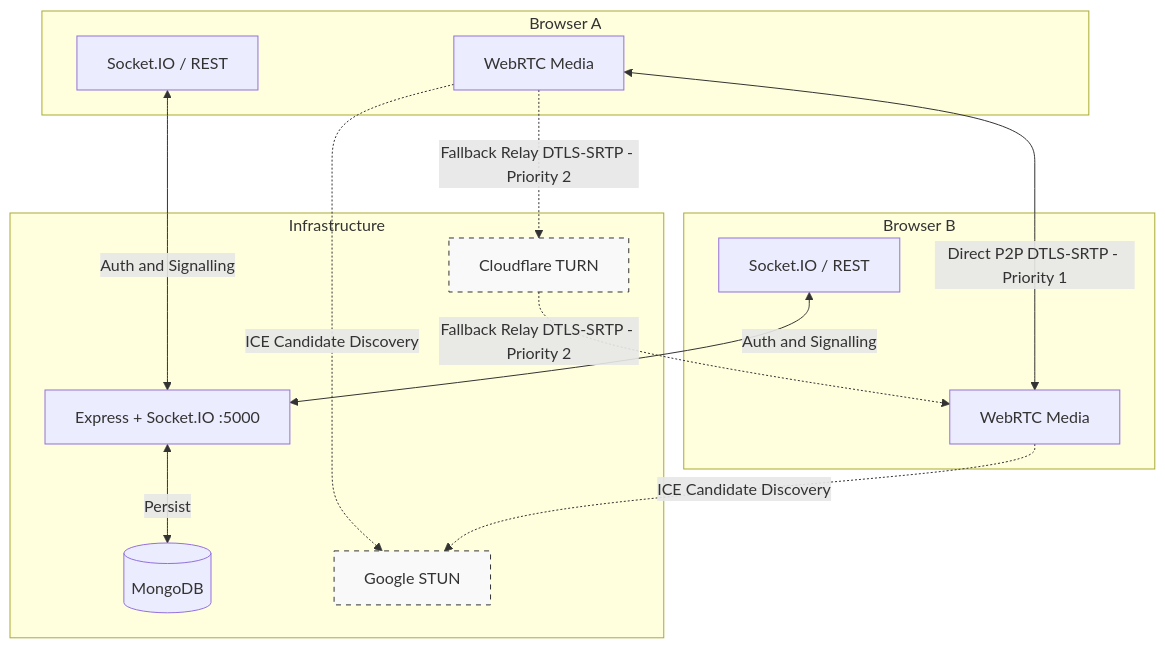
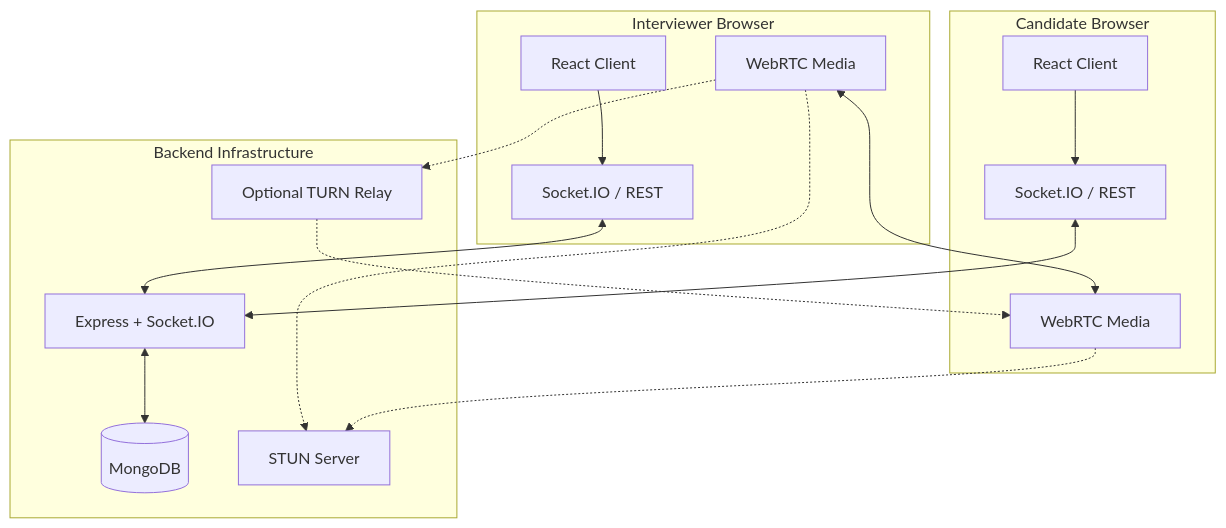
One commit to altafshaikh7/mockhire-video-interview-platform changed the first of 2 diagrams in README.md. Above: the diagram before and after it, drawn with Mermaid. The commit also changed other lines of this file, not shown here.

````diff
--- a/README.md
+++ b/README.md
@@ -40,34 +50,32 @@
 ```mermaid
 graph TD
-    subgraph BrowserA [Browser A]
-        MediaA["WebRTC Media"]
-        SignalA["Socket.IO / REST"]
-    end
-    
-    subgraph BrowserB [Browser B]
-        MediaB["WebRTC Media"]
-        SignalB["Socket.IO / REST"]
-    end
-    
-    subgraph Infrastructure [Infrastructure]
-        Server["Express + Socket.IO :5000"]
-        DB[("MongoDB")]
-        STUN["Google STUN"]
-        TURN["Cloudflare TURN"]
+    subgraph BrowserA["Interviewer Browser"]
+        A["React Client"]
+        MA["WebRTC Media"]
+        SA["Socket.IO / REST"]
     end
 
-    SignalA <-->|"Auth and Signalling"| Server
-    SignalB <-->|"Auth and Signalling"| Server
-    Server <-->|"Persist"| DB
-    
-    MediaA -.->|"ICE Candidate Discovery"| STUN
-    MediaB -.->|"ICE Candidate Discovery"| STUN
-    
-    MediaA <-->|"Direct P2P DTLS-SRTP - Priority 1"| MediaB
-    
-    MediaA -.->|"Fallback Relay DTLS-SRTP - Priority 2"| TURN
-    TURN -.->|"Fallback Relay DTLS-SRTP - Priority 2"| MediaB
+    subgraph BrowserB["Candidate Browser"]
+        B["React Client"]
+        MB["WebRTC Media"]
+        SB["Socket.IO / REST"]
+    end
 
-    classDef external fill:#f9f9f9,stroke:#333,stroke-dasharray: 5 5;
-    class STUN,TURN external;
+    subgraph Backend["Backend Infrastructure"]
+        S["Express + Socket.IO"]
+        DB[("MongoDB")]
+        STUN["STUN Server"]
+        TURN["Optional TURN Relay"]
+    end
+
+    A --> SA
+    B --> SB
+    SA <--> S
+    SB <--> S
+    S <--> DB
+    MA -.-> STUN
+    MB -.-> STUN
+    MA <--> MB
+    MA -.-> TURN
+    TURN -.-> MB
 ```
````
